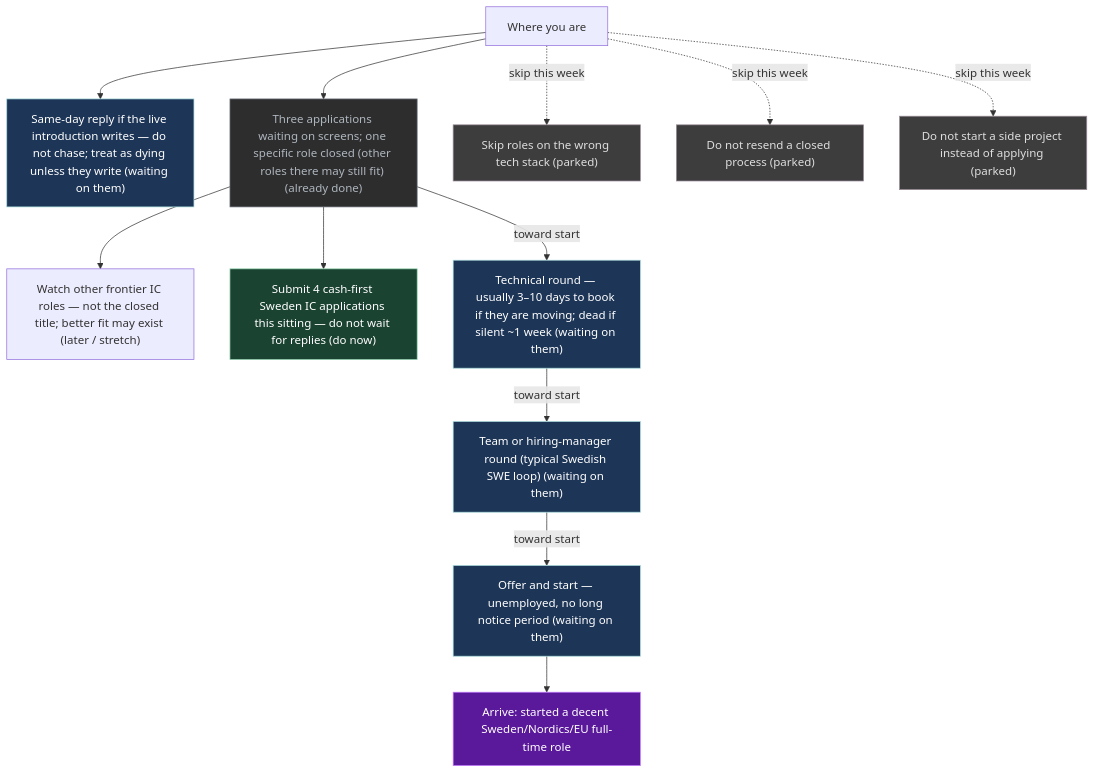
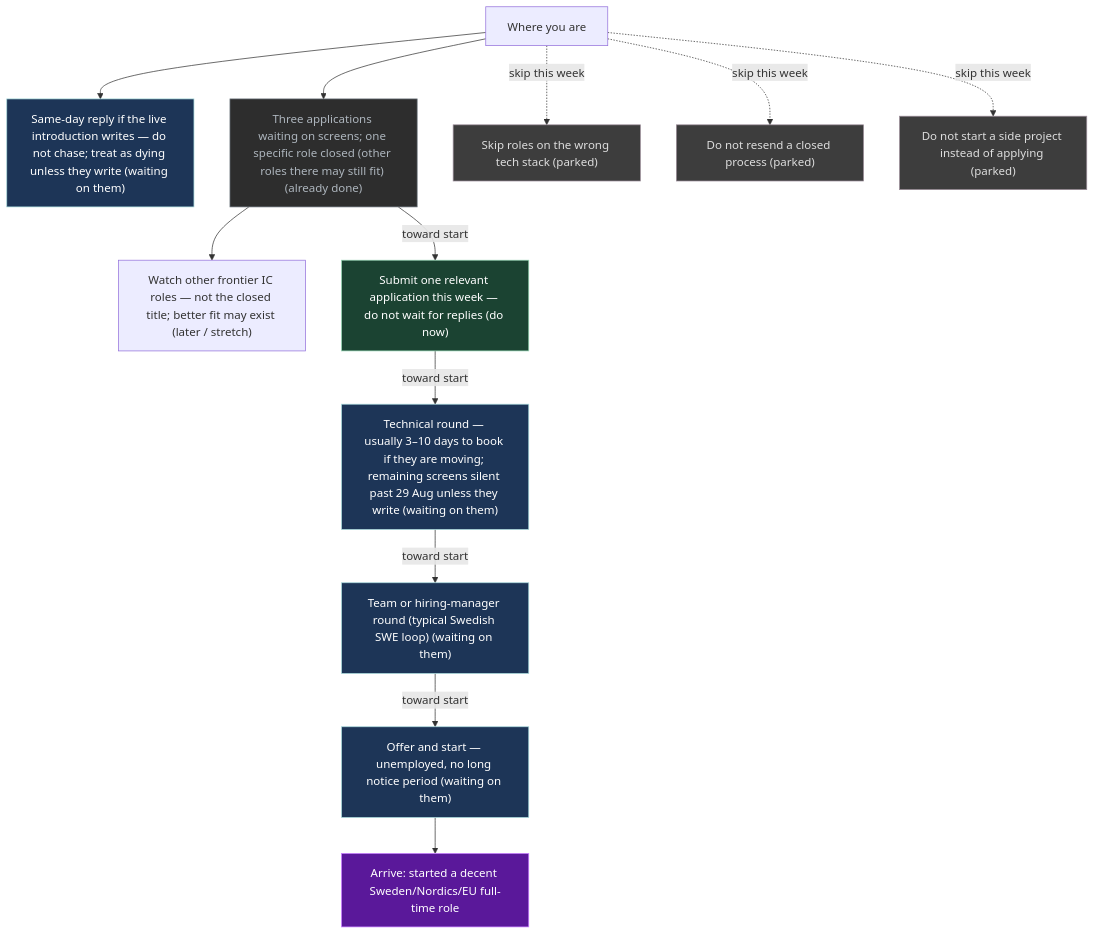
Before and after one commit to p10ns11y/life-os: the diagram in UI/Mission.md, drawn with Mermaid. The commit also changed other lines of this file and 21 other files, not shown here.

First line of the commit message:
docs: close W35 and replan W36 mission after screens-silent signpost

````diff
--- a/UI/Mission.md
+++ b/UI/Mission.md
@@ -67,36 +66,36 @@
 ```mermaid
 flowchart TB
   x["Where you are"]
   G["Arrive: started a decent Sweden/Nordics/EU full-time role"]
   S0["Same-day reply if the live introduction writes — do not chase; treat as dying unless they write (waiting on them)"]
   S1["Three applications waiting on screens; one specific role closed (other roles there may still fit) (already done)"]
   S2["Watch other frontier IC roles — not the closed title; better fit may exist (later / stretch)"]
-  S3["Submit 4 cash-first Sweden IC applications this sitting — do not wait for replies (do now)"]
-  S4["Technical round — usually 3–10 days to book if they are moving; dead if silent ~1 week (waiting on them)"]
+  S3["Submit one relevant application this week — do not wait for replies (do now)"]
+  S4["Technical round — usually 3–10 days to book if they are moving; remaining screens silent past 29 Aug unless they write (waiting on them)"]
   S4b["Team or hiring-manager round (typical Swedish SWE loop) (waiting on them)"]
   S5["Offer and start — unemployed, no long notice period (waiting on them)"]
   P1["Skip roles on the wrong tech stack (parked)"]
   P2["Do not resend a closed process (parked)"]
   P3["Do not start a side project instead of applying (parked)"]
   x --> S0
   x --> S1
   S1 --> S2
-  S1 --> S3
-  S1 -->|"toward start"| S4
+  S1 -->|"toward start"| S3
+  S3 -->|"toward start"| S4
   S4 -->|"toward start"| S4b
   S4b -->|"toward start"| S5
   x -.->|"skip this week"| P1
   x -.->|"skip this week"| P2
   x -.->|"skip this week"| P3
   S5 --> G
   classDef do fill:#1b4332,stroke:#95d5b2,color:#fff
   classDef wait fill:#1d3557,stroke:#a8dadc,color:#fff
   classDef park fill:#3d3d3d,stroke:#9a8c98,color:#ddd
   classDef done fill:#2d2d2d,stroke:#6c757d,color:#adb5bd
   classDef goal fill:#5a189a,stroke:#c77dff,color:#fff
   class G goal
   class S3 do
   class S0,S4,S4b,S5 wait
   class P1,P2,P3 park
   class S1 done
 ```
````
